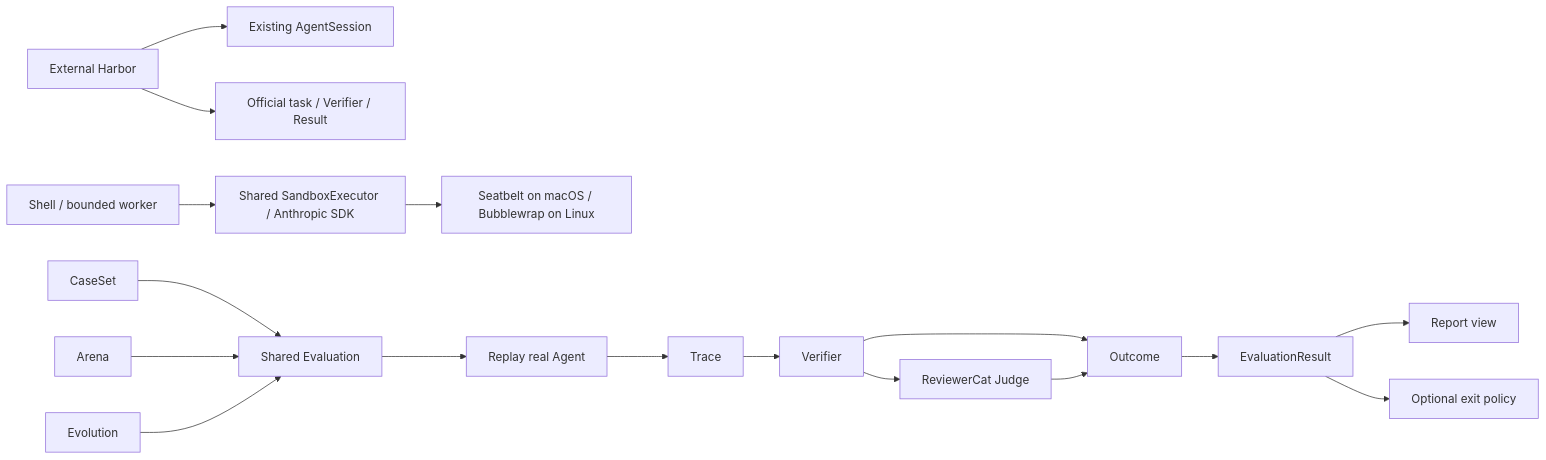
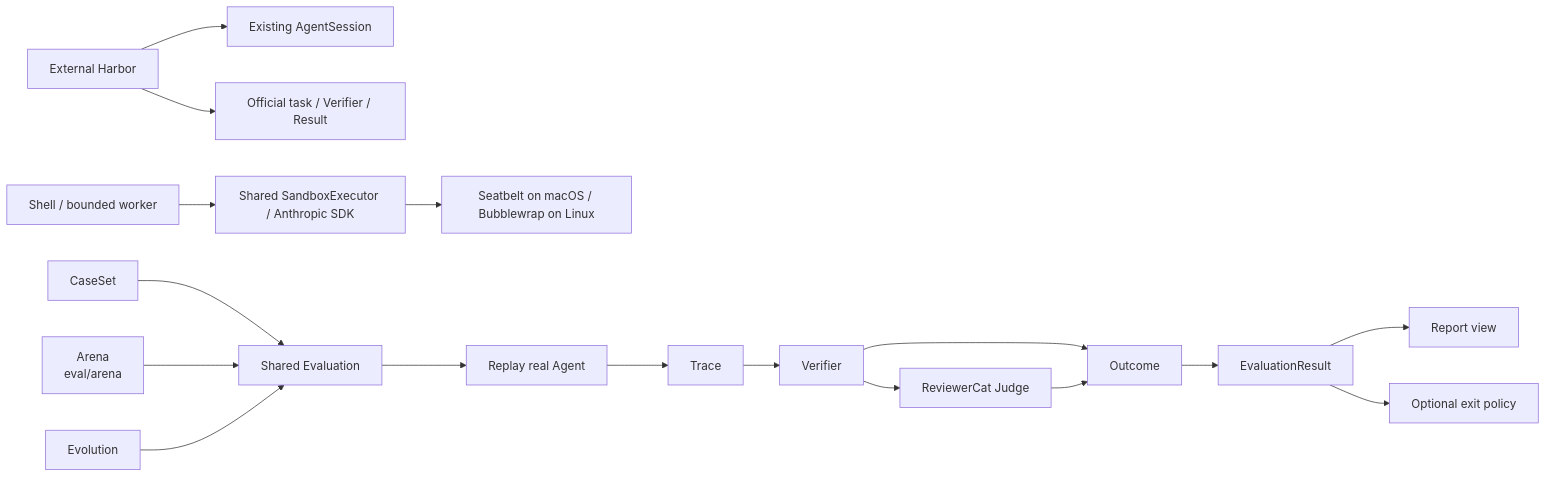
The second of 2 diagrams in docs/evaluation/SPEC.md (fightheyyy/XIAOBA), drawn with Mermaid before and after one commit. The commit also changed other lines of this file and 477 other files, not shown here.

````diff
--- a/docs/evaluation/SPEC.md
+++ b/docs/evaluation/SPEC.md
@@ -73,20 +77,20 @@
 ```mermaid
 flowchart LR
     Harbor["External Harbor"] --> Runtime["Existing AgentSession"]
     Harbor --> Official["Official task / Verifier / Result"]
     Execution["Shell / bounded worker"] --> Sandbox["Shared SandboxExecutor / Anthropic SDK"]
     Sandbox --> Native["Seatbelt on macOS / Bubblewrap on Linux"]
     CaseSet["CaseSet"] --> Eval["Shared Evaluation"]
     Eval --> Replay["Replay real Agent"]
     Replay --> Trace["Trace"]
     Trace --> Verify["Verifier"]
     Verify --> Judge["ReviewerCat Judge"]
     Verify --> Outcome["Outcome"]
     Judge --> Outcome
     Outcome --> Result["EvaluationResult"]
 
-    Arena["Arena"] --> Eval
+    Arena["Arena<br/>eval/arena"] --> Eval
     Evolution["Evolution"] --> Eval
     Result --> Report["Report view"]
     Result --> Policy["Optional exit policy"]
 ```
````
